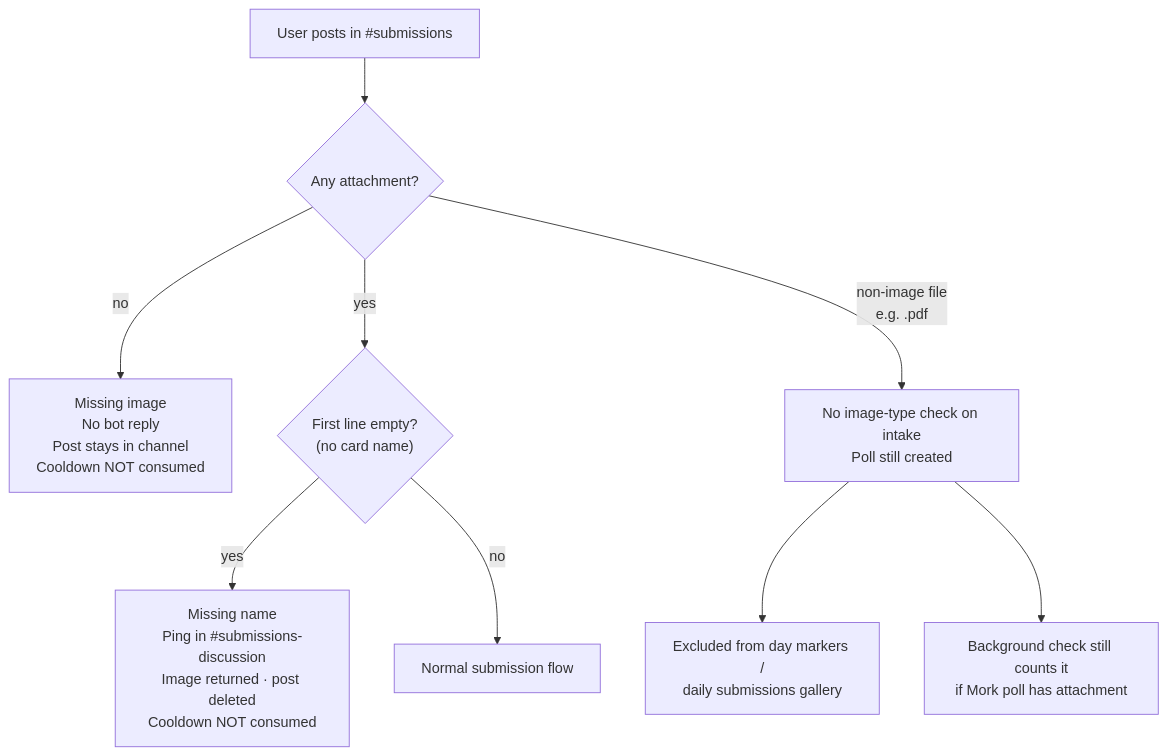
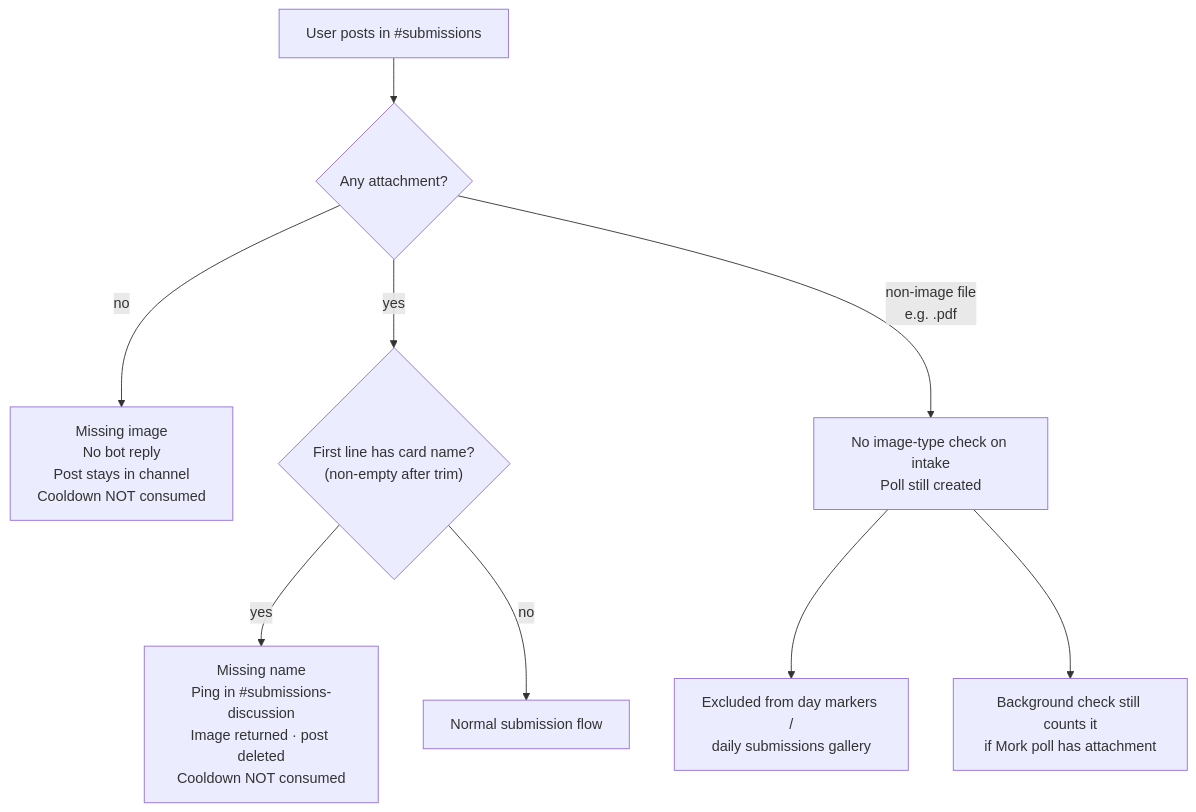
The second of 6 diagrams in docs/card-flows/submissions.md (bones-bones/mork), drawn with Mermaid before and after one commit. The commit also changed other lines of this file and 4 other files, not shown here.

First line of the commit message:
Document card-flow maintenance and expand submission docs.

````diff
--- a/docs/card-flows/submissions.md
+++ b/docs/card-flows/submissions.md
@@ -48,13 +48,13 @@
 ```mermaid
 flowchart TD
   POST["User posts in #submissions"] --> A{"Any attachment?"}
 
   A -->|no| MI["Missing image<br/>No bot reply<br/>Post stays in channel<br/>Cooldown NOT consumed"]
-  A -->|yes| B{"First line empty?<br/>(no card name)"}
+  A -->|yes| B{"First line has card name?<br/>(non-empty after trim)"}
   B -->|yes| NN["Missing name<br/>Ping in #submissions-discussion<br/>Image returned · post deleted<br/>Cooldown NOT consumed"]
   B -->|no| OK["Normal submission flow"]
 
   A -->|non-image file<br/>e.g. .pdf| NI["No image-type check on intake<br/>Poll still created"]
   NI --> GAL["Excluded from day markers /<br/>daily submissions gallery"]
   NI --> CHK["Background check still counts it<br/>if Mork poll has attachment"]
 ```
````
